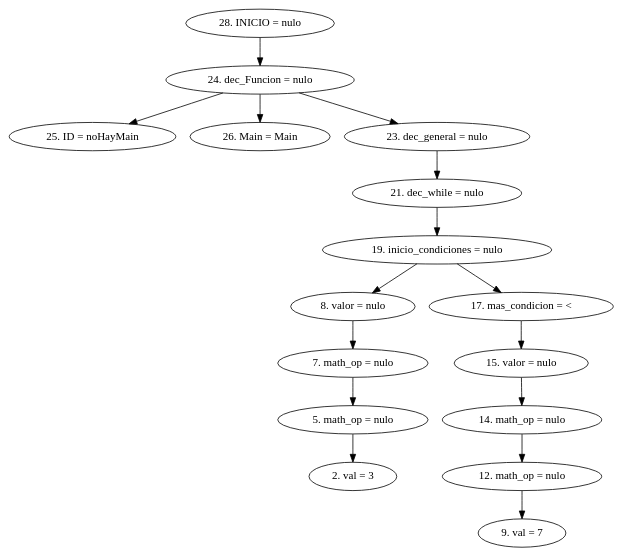
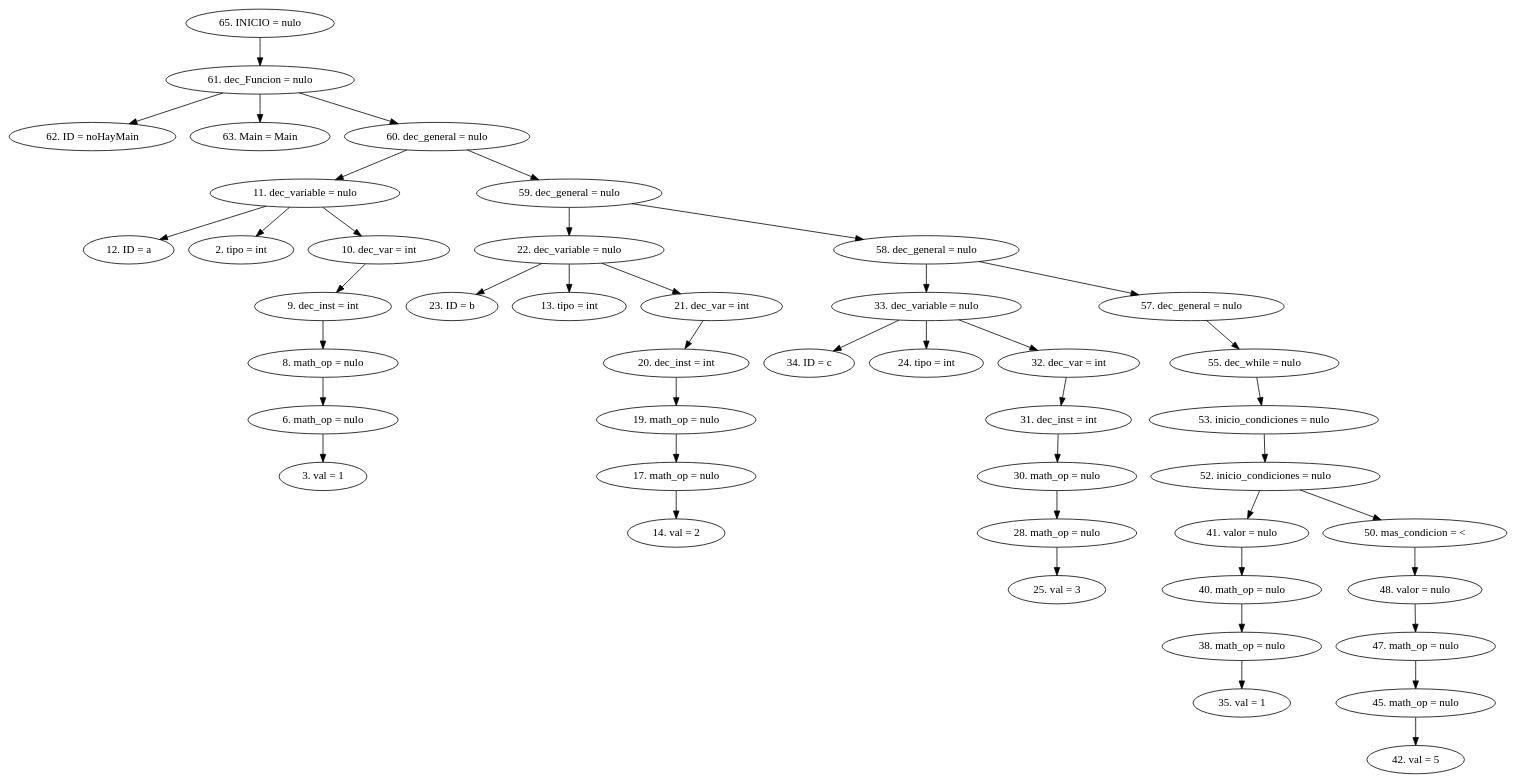
Before and after one commit to CarlosSosVos/NACHTs: the diagram in AST.dot, drawn with Graphviz. The commit also changed 16 other files, not shown here.

```diff
--- a/AST.dot
+++ b/AST.dot
@@ -1,19 +1,47 @@
 digraph G {
-"28. INICIO = nulo"->"24. dec_Funcion = nulo"
-"24. dec_Funcion = nulo"->"25. ID = noHayMain"
-"24. dec_Funcion = nulo"->"26. Main = Main"
-"24. dec_Funcion = nulo"->"23. dec_general = nulo"
-"23. dec_general = nulo"->"21. dec_while = nulo"
-"21. dec_while = nulo"->"19. inicio_condiciones = nulo"
-"19. inicio_condiciones = nulo"->"8. valor = nulo"
-"8. valor = nulo"->"7. math_op = nulo"
-"7. math_op = nulo"->"5. math_op = nulo"
-"5. math_op = nulo"->"2. val = 3"
-"19. inicio_condiciones = nulo"->"17. mas_condicion = <"
-"17. mas_condicion = <"->"15. valor = nulo"
-"15. valor = nulo"->"14. math_op = nulo"
-"14. math_op = nulo"->"12. math_op = nulo"
-"12. math_op = nulo"->"9. val = 7"
+"65. INICIO = nulo"->"61. dec_Funcion = nulo"
+"61. dec_Funcion = nulo"->"62. ID = noHayMain"
+"61. dec_Funcion = nulo"->"63. Main = Main"
+"61. dec_Funcion = nulo"->"60. dec_general = nulo"
+"60. dec_general = nulo"->"11. dec_variable = nulo"
+"11. dec_variable = nulo"->"12. ID = a"
+"11. dec_variable = nulo"->"2. tipo = int"
+"11. dec_variable = nulo"->"10. dec_var = int"
+"10. dec_var = int"->"9. dec_inst = int"
+"9. dec_inst = int"->"8. math_op = nulo"
+"8. math_op = nulo"->"6. math_op = nulo"
+"6. math_op = nulo"->"3. val = 1"
+"60. dec_general = nulo"->"59. dec_general = nulo"
+"59. dec_general = nulo"->"22. dec_variable = nulo"
+"22. dec_variable = nulo"->"23. ID = b"
+"22. dec_variable = nulo"->"13. tipo = int"
+"22. dec_variable = nulo"->"21. dec_var = int"
+"21. dec_var = int"->"20. dec_inst = int"
+"20. dec_inst = int"->"19. math_op = nulo"
+"19. math_op = nulo"->"17. math_op = nulo"
+"17. math_op = nulo"->"14. val = 2"
+"59. dec_general = nulo"->"58. dec_general = nulo"
+"58. dec_general = nulo"->"33. dec_variable = nulo"
+"33. dec_variable = nulo"->"34. ID = c"
+"33. dec_variable = nulo"->"24. tipo = int"
+"33. dec_variable = nulo"->"32. dec_var = int"
+"32. dec_var = int"->"31. dec_inst = int"
+"31. dec_inst = int"->"30. math_op = nulo"
+"30. math_op = nulo"->"28. math_op = nulo"
+"28. math_op = nulo"->"25. val = 3"
+"58. dec_general = nulo"->"57. dec_general = nulo"
+"57. dec_general = nulo"->"55. dec_while = nulo"
+"55. dec_while = nulo"->"53. inicio_condiciones = nulo"
+"53. inicio_condiciones = nulo"->"52. inicio_condiciones = nulo"
+"52. inicio_condiciones = nulo"->"41. valor = nulo"
+"41. valor = nulo"->"40. math_op = nulo"
+"40. math_op = nulo"->"38. math_op = nulo"
+"38. math_op = nulo"->"35. val = 1"
+"52. inicio_condiciones = nulo"->"50. mas_condicion = <"
+"50. mas_condicion = <"->"48. valor = nulo"
+"48. valor = nulo"->"47. math_op = nulo"
+"47. math_op = nulo"->"45. math_op = nulo"
+"45. math_op = nulo"->"42. val = 5"
 
 
 }
```
